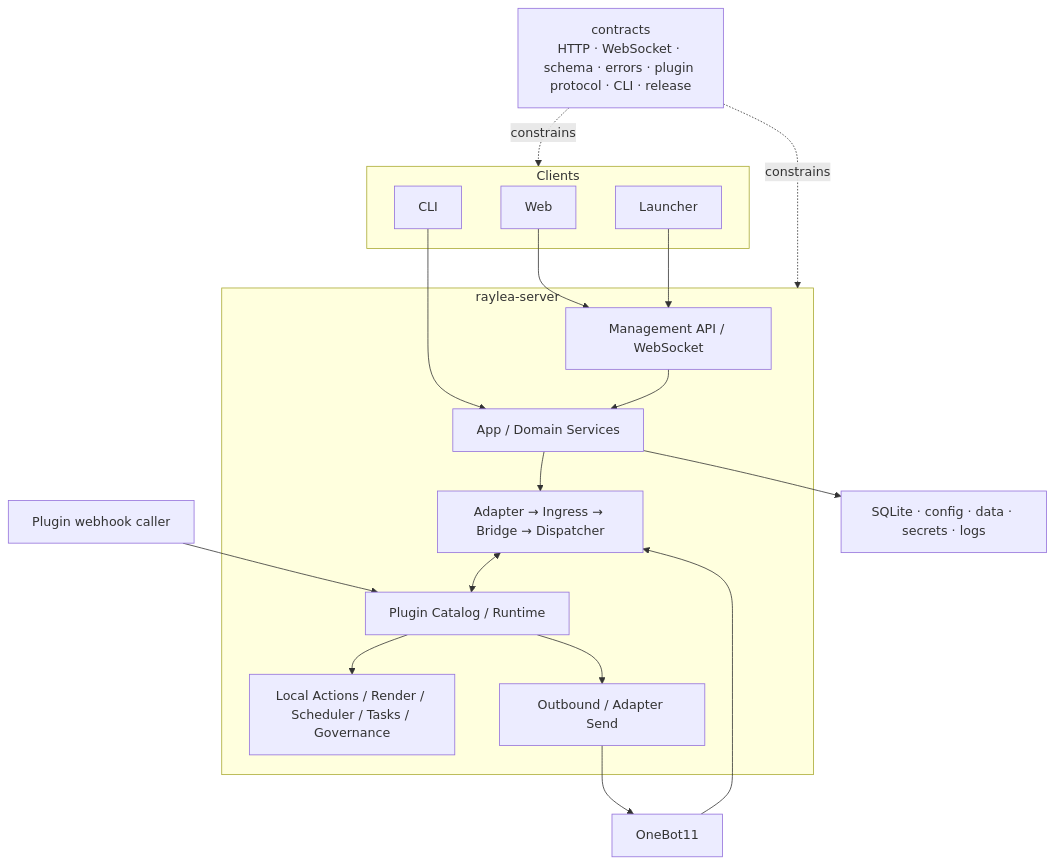
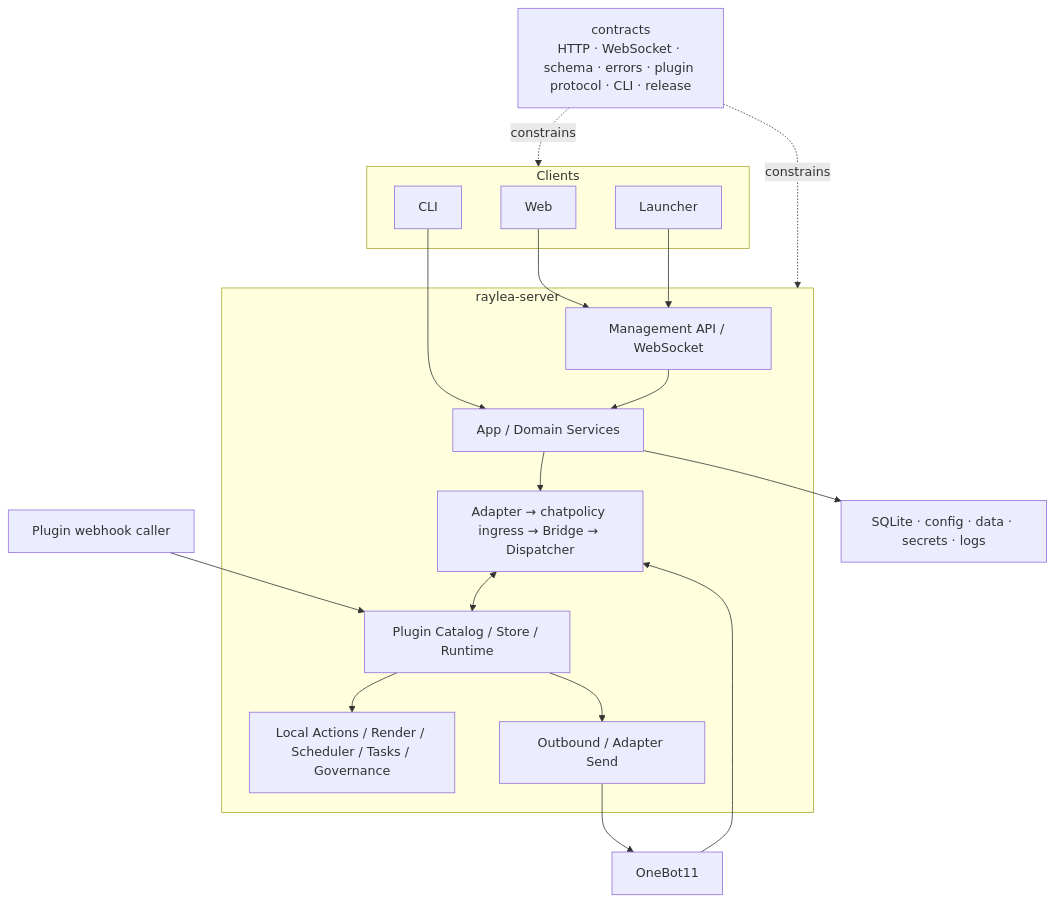
Before and after one commit to RayleaBot/RayleaBot: the first of 2 diagrams in docs/architecture/platform-architecture.md, drawn with Mermaid. The commit also changed other lines of this file and 38 other files, not shown here.

Commit message:
docs: reconcile architecture and operational guidance

````diff
--- a/docs/architecture/platform-architecture.md
+++ b/docs/architecture/platform-architecture.md
@@ -7,35 +7,35 @@
 ```mermaid
 flowchart TB
     C["contracts<br/>HTTP · WebSocket · schema · errors · plugin protocol · CLI · release"]
 
     subgraph Clients["Clients"]
         W["Web"]
         L["Launcher"]
         CLI["CLI"]
     end
 
     subgraph Server["raylea-server"]
         API["Management API / WebSocket"]
         APP["App / Domain Services"]
-        PIPE["Adapter → Ingress → Bridge → Dispatcher"]
-        PR["Plugin Catalog / Runtime"]
+        PIPE["Adapter → chatpolicy ingress → Bridge → Dispatcher"]
+        PR["Plugin Catalog / Store / Runtime"]
         CAP["Local Actions / Render / Scheduler / Tasks / Governance"]
         OUT["Outbound / Adapter Send"]
     end
 
     OB["OneBot11"] --> PIPE
     HOOK["Plugin webhook caller"] --> PR
     W --> API
     L --> API
     CLI --> APP
     API --> APP
     APP --> PIPE
     PIPE <--> PR
     PR --> CAP
     PR --> OUT
     OUT --> OB
     APP --> STATE["SQLite · config · data · secrets · logs"]
 
     C -. constrains .-> Clients
     C -. constrains .-> Server
 ```
````
